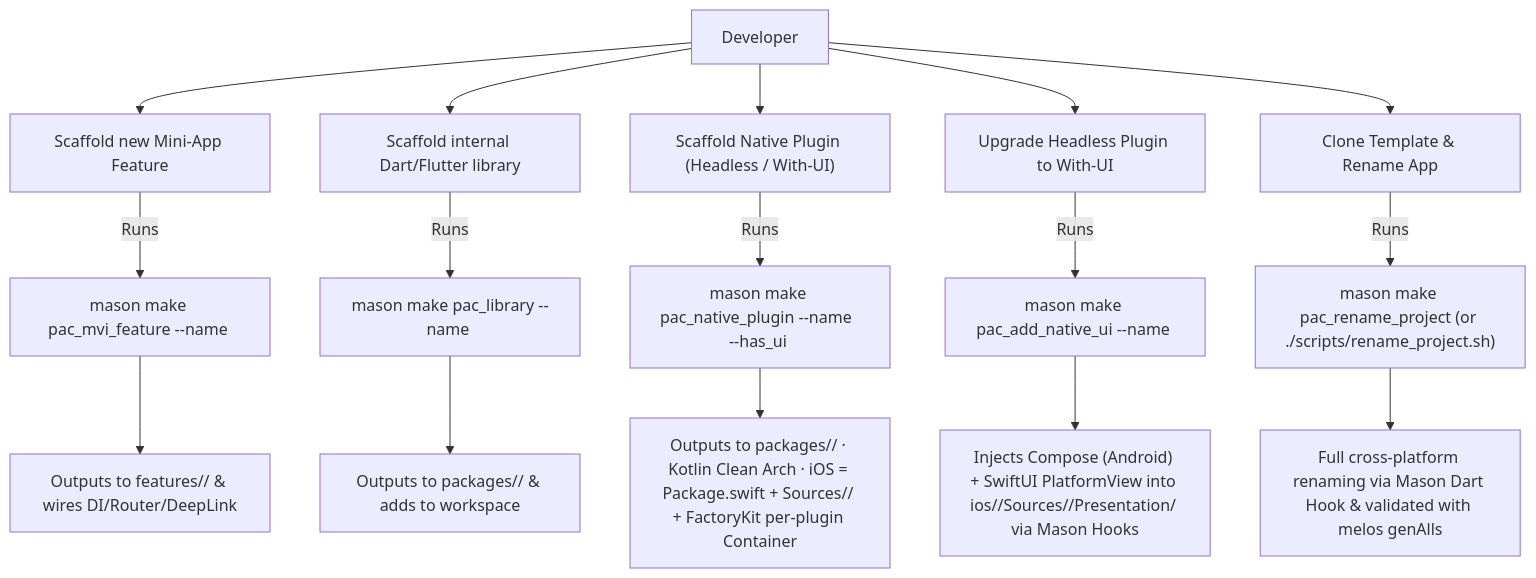
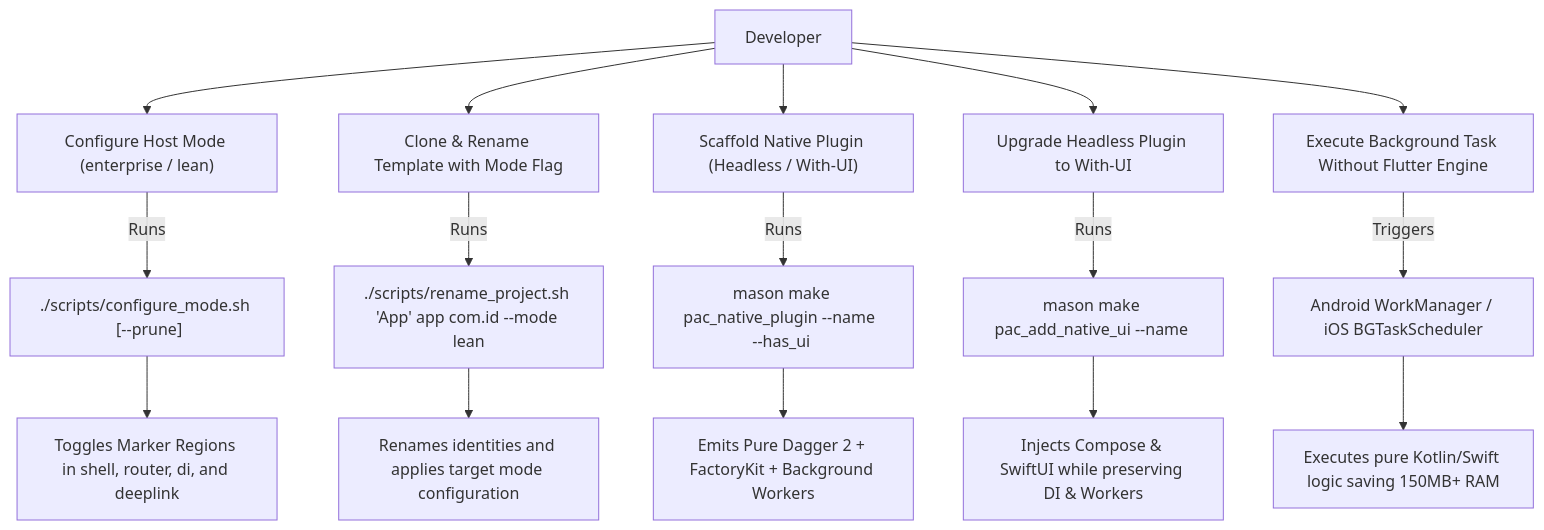
The second of 3 diagrams in .devtool/epic/flutter_super_app_template/flutter_super_app_template.en.md (DanhDue/bloc_digital_wallet), drawn with Mermaid before and after one commit. The commit also changed other lines of this file and 2 other files, not shown here.

First line of the commit message:
[FLUTTER_SUPER_APP_TEMPLATE] Update HLD and living BDD scenarios for dual-mode and native SDKs

````diff
--- a/.devtool/epic/flutter_super_app_template/flutter_super_app_template.en.md
+++ b/.devtool/epic/flutter_super_app_template/flutter_super_app_template.en.md
@@ -110,23 +118,20 @@
 ```mermaid
 flowchart TD
-    Dev["Developer"] --> U1["Scaffold new Mini-App Feature"]
-    Dev --> U2["Scaffold internal Dart/Flutter library"]
+    Dev["Developer"] --> U1["Configure Host Mode (enterprise / lean)"]
+    Dev --> U2["Clone & Rename Template with Mode Flag"]
     Dev --> U3["Scaffold Native Plugin (Headless / With-UI)"]
     Dev --> U4["Upgrade Headless Plugin to With-UI"]
-    Dev --> U5["Clone Template & Rename App"]
+    Dev --> U5["Execute Background Task Without Flutter Engine"]
 
-    U1 -->|Runs| B1["mason make pac_mvi_feature --name <name>"]
-    B1 --> O1["Outputs to features/<name>/ & wires DI/Router/DeepLink"]
+    U1 -->|Runs| S1["./scripts/configure_mode.sh <enterprise|lean> [--prune]"]
+    U2 -->|Runs| S2["./scripts/rename_project.sh 'App' app com.id --mode lean"]
+    U3 -->|Runs| B1["mason make pac_native_plugin --name <name> --has_ui <bool>"]
+    U4 -->|Runs| B2["mason make pac_add_native_ui --name <name>"]
+    U5 -->|Triggers| B3["Android WorkManager / iOS BGTaskScheduler"]
 
-    U2 -->|Runs| B2["mason make pac_library --name <name>"]
-    B2 --> O2["Outputs to packages/<name>/ & adds to workspace"]
-
-    U3 -->|Runs| B3["mason make pac_native_plugin --name <name> --has_ui <bool>"]
-    B3 --> O3["Outputs to packages/<name>/ · Kotlin Clean Arch · iOS = Package.swift + Sources/<name>/ + FactoryKit per-plugin Container"]
-
-    U4 -->|Runs| B4["mason make pac_add_native_ui --name <name>"]
-    B4 --> O4["Injects Compose (Android) + SwiftUI PlatformView into ios/<name>/Sources/<name>/Presentation/ via Mason Hooks"]
-
-    U5 -->|Runs| S1["mason make pac_rename_project (or ./scripts/rename_project.sh)"]
-    S1 --> O5["Full cross-platform renaming via Mason Dart Hook & validated with melos genAlls"]
+    S1 --> O1["Toggles Marker Regions in shell, router, di, and deeplink"]
+    S2 --> O2["Renames identities and applies target mode configuration"]
+    B1 --> O3["Emits Pure Dagger 2 + FactoryKit + Background Workers"]
+    B2 --> O4["Injects Compose & SwiftUI while preserving DI & Workers"]
+    B3 --> O5["Executes pure Kotlin/Swift logic saving 150MB+ RAM"]
 ```
````
